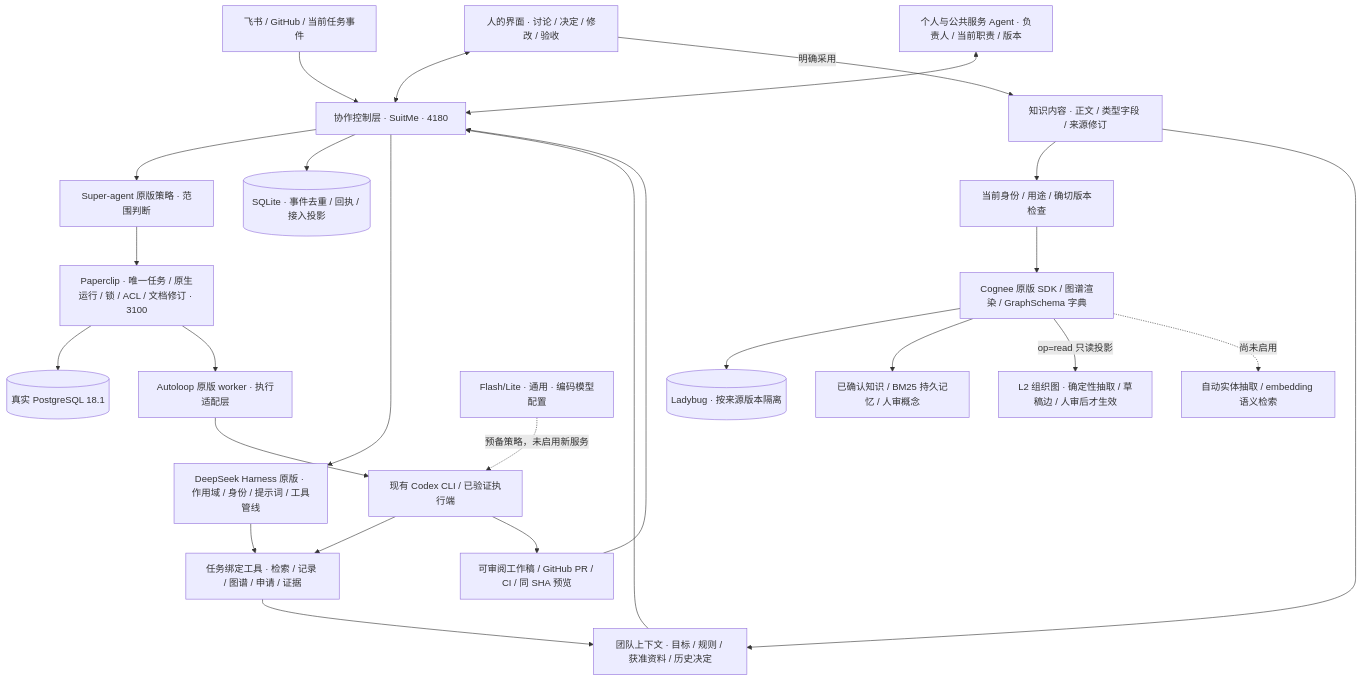
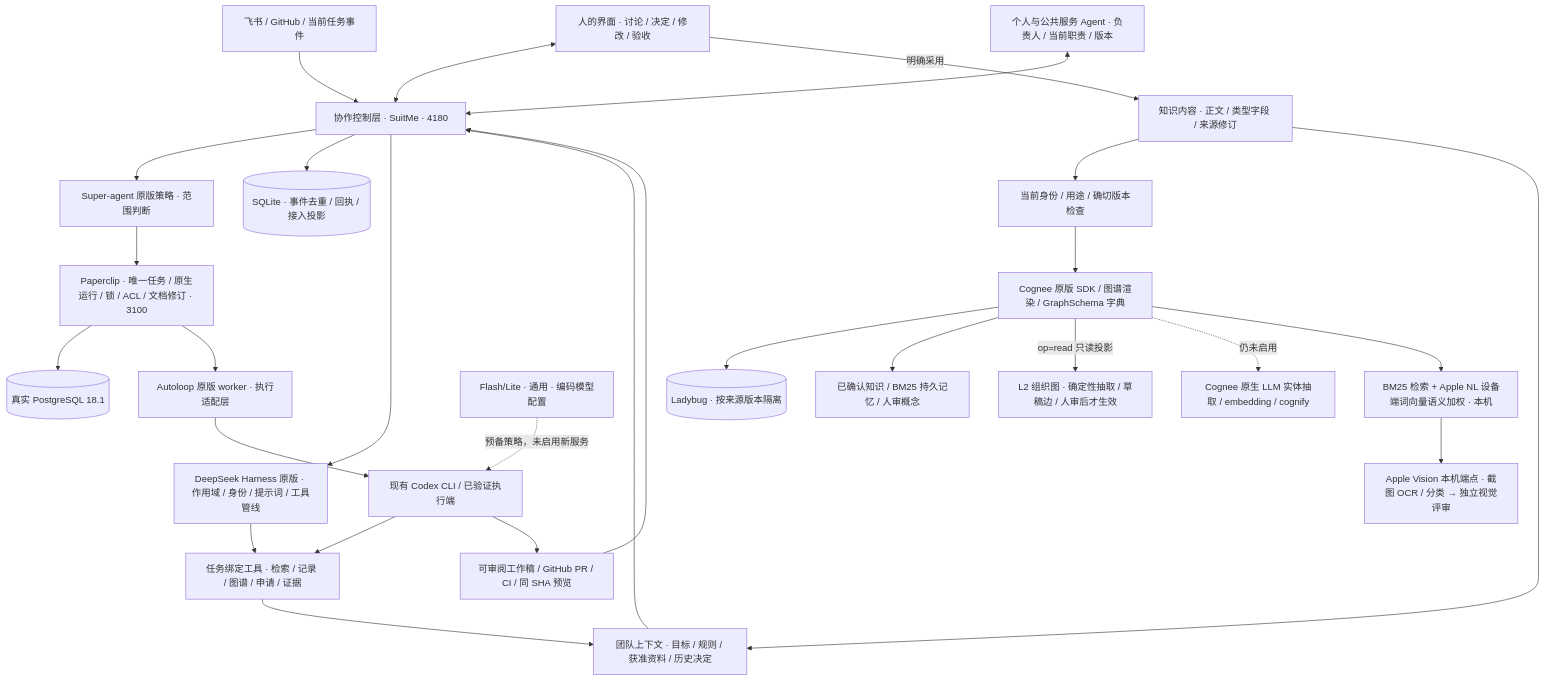
One commit to zhegong-996/Contractor changed the diagram in docs/SYSTEM-ARCHITECTURE.md. Above: the diagram before and after it, drawn with Mermaid. The commit also changed other lines of this file and 46 other files, not shown here.

````diff
--- a/docs/SYSTEM-ARCHITECTURE.md
+++ b/docs/SYSTEM-ARCHITECTURE.md
@@ -7,28 +7,30 @@
 ```mermaid
 flowchart TD
   Events[飞书 / GitHub / 当前任务事件] --> Control[协作控制层 · SuitMe · 4180]
   Humans[人的界面 · 讨论 / 决定 / 修改 / 验收] <--> Control
   Services[个人与公共服务 Agent · 负责人 / 当前职责 / 版本] <--> Control
   Context[团队上下文 · 目标 / 规则 / 获准资料 / 历史决定] --> Control
   Control --> Policy[Super-agent 原版策略 · 范围判断]
   Policy --> PC[Paperclip · 唯一任务 / 原生运行 / 锁 / ACL / 文档修订 · 3100]
   PC --> PG[(真实 PostgreSQL 18.1)]
   Control --> SQLite[(SQLite · 事件去重 / 回执 / 接入投影)]
   Control --> Harness[DeepSeek Harness 原版 · 作用域 / 身份 / 提示词 / 工具管线]
   Harness --> Tools
   PC --> Worker[Autoloop 原版 worker · 执行适配层]
   Worker --> Exec[现有 Codex CLI / 已验证执行端]
   Exec --> Tools[任务绑定工具 · 检索 / 记录 / 图谱 / 申请 / 证据]
   Tools --> Context
   Exec --> Evidence[可审阅工作稿 / GitHub PR / CI / 同 SHA 预览]
   Evidence --> Control
   Humans -->|明确采用| Source[知识内容 · 正文 / 类型字段 / 来源修订]
   Source --> Gate[当前身份 / 用途 / 确切版本检查]
   Gate --> Cognee[Cognee 原版 SDK / 图谱渲染 / GraphSchema 字典]
   Cognee --> Ladybug[(Ladybug · 按来源版本隔离)]
   Source --> Context
   Model[Flash/Lite · 通用 · 编码模型配置] -.预备策略，未启用新服务.-> Exec
   Cognee --> Memory[已确认知识 / BM25 持久记忆 / 人审概念]
   Cognee -->|op=read 只读投影| L2[L2 组织图 · 确定性抽取 / 草稿边 / 人审后才生效]
-  Cognee -.尚未启用.-> Semantic[自动实体抽取 / embedding 语义检索]
+  Cognee -.仍未启用.-> Semantic[Cognee 原生 LLM 实体抽取 / embedding / cognify]
+  Cognee --> Recall[BM25 检索 + Apple NL 设备端词向量语义加权 · 本机]
+  Recall --> Vision[Apple Vision 本机端点 · 截图 OCR / 分类 → 独立视觉评审]
 ```
````
